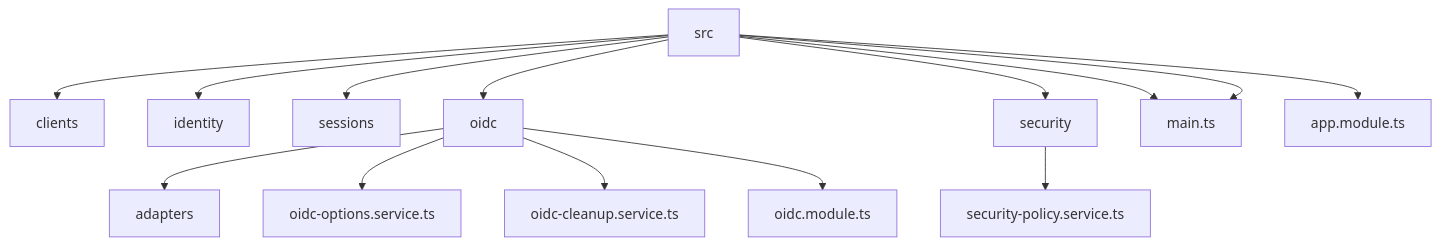
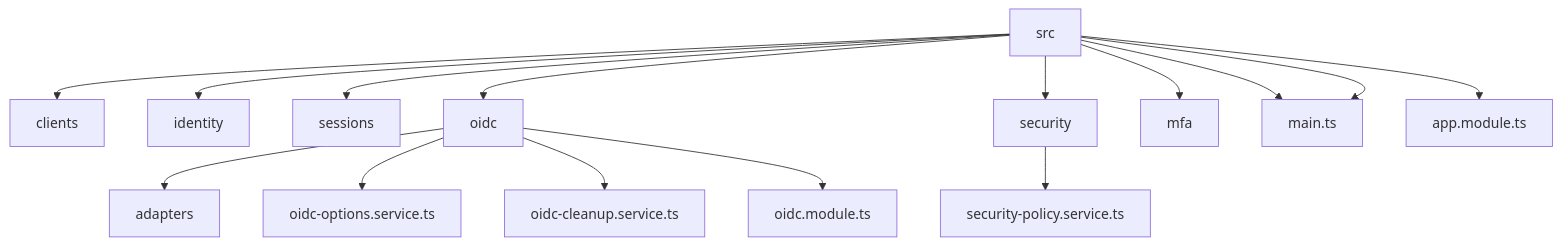
One commit to TechSivaram/tscloak changed the fifth of 29 diagrams in README.md. Above: the diagram before and after it, drawn with Mermaid. The commit also changed other lines of this file, not shown here.

Commit message:
updated read me with mfa

````diff
--- a/README.md
+++ b/README.md
@@ -671,16 +683,17 @@
 ```mermaid
 flowchart TD
     A["src"] --> B["clients"]
     A --> C["identity"]
     A --> D["sessions"]
     A --> E["oidc"]
     E --> F["adapters"]
     E --> G["oidc-options.service.ts"]
     E --> H["oidc-cleanup.service.ts"]
     E --> I["oidc.module.ts"]
     A --> J["security"]
     J --> J1["security-policy.service.ts"]
+    A --> M["mfa"]
     A --> K["signing-keys"]
     A --> L["app.module.ts"]
     A --> K["main.ts"]
 ```
````
